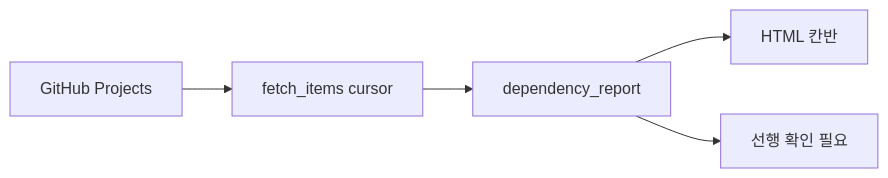
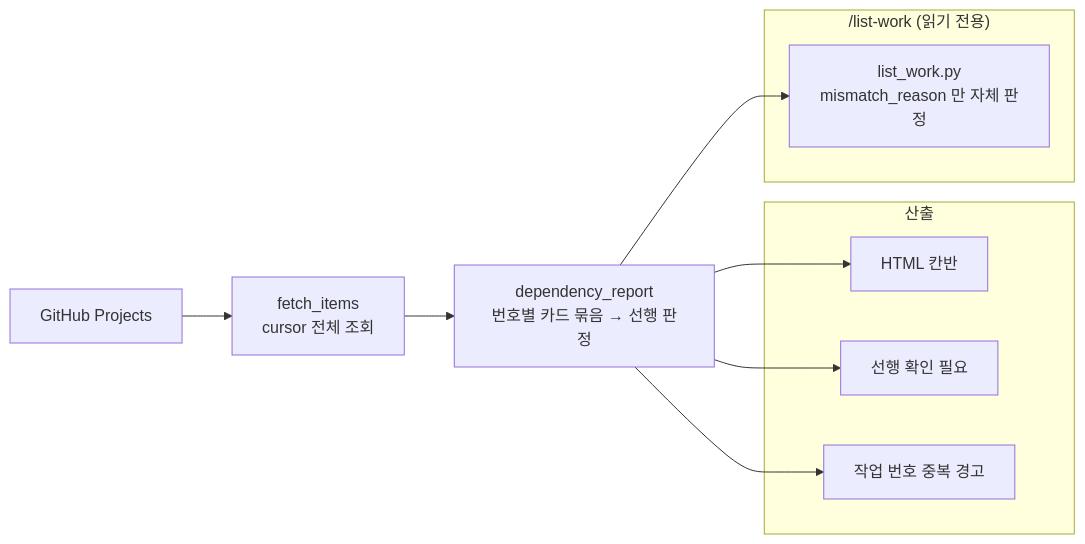
One commit to KDNA-Gwangju-1/NCAIClicker changed the diagram in docs/TECH_NOTES/project-dashboard.md. Above: the diagram before and after it, drawn with Mermaid. The commit also changed other lines of this file and 1 other file, not shown here.

````diff
--- a/docs/TECH_NOTES/project-dashboard.md
+++ b/docs/TECH_NOTES/project-dashboard.md
@@ -20,7 +27,21 @@
 ```mermaid
 flowchart LR
-  gh[GitHub Projects] --> fetch[fetch_items cursor]
-  fetch --> parse[dependency_report]
-  parse --> html[HTML 칸반]
-  parse --> warn[선행 확인 필요]
+  gh[GitHub Projects] --> fetch["fetch_items<br/>cursor 전체 조회"]
+  fetch --> parse["dependency_report<br/>번호별 카드 묶음 → 선행 판정"]
+
+  subgraph Out["산출"]
+    html[HTML 칸반]
+    warn[선행 확인 필요]
+    dup[작업 번호 중복 경고]
+  end
+
+  parse --> html
+  parse --> warn
+  parse --> dup
+
+  subgraph Skill["/list-work (읽기 전용)"]
+    lw["list_work.py<br/>mismatch_reason 만 자체 판정"]
+  end
+
+  parse --> lw
 ```
````
